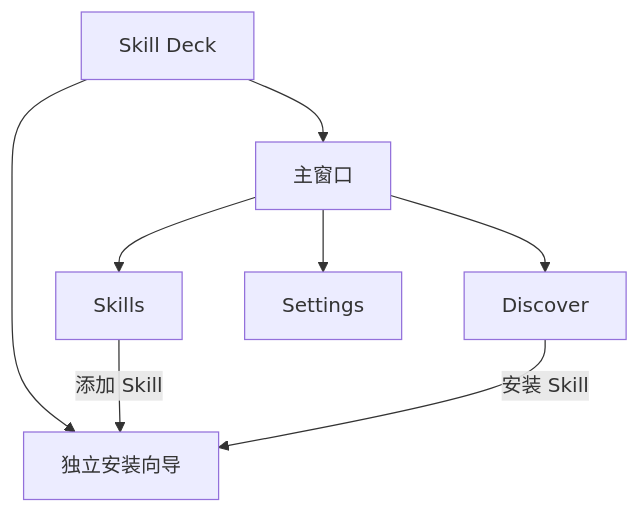
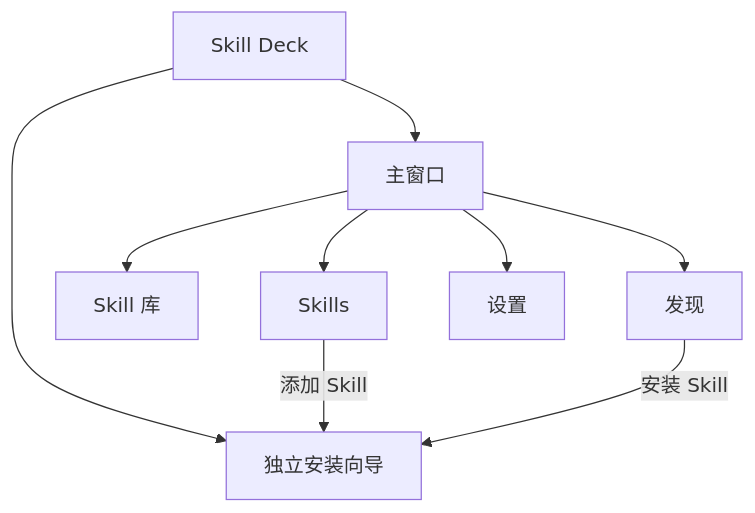
The second of 3 diagrams in docs/product.md (Hccake/skill-deck), drawn with Mermaid before and after one commit. The commit also changed other lines of this file and 23 other files, not shown here.

````diff
--- a/docs/product.md
+++ b/docs/product.md
@@ -31,10 +34,11 @@
 ```mermaid
 flowchart TD
     App["Skill Deck"] --> Main["主窗口"]
     App --> Wizard["独立安装向导"]
     Main --> Skills["Skills"]
-    Main --> Discover["Discover"]
-    Main --> Settings["Settings"]
+    Main --> Libraries["Skill 库"]
+    Main --> Discover["发现"]
+    Main --> Settings["设置"]
     Skills -->|"添加 Skill"| Wizard
     Discover -->|"安装 Skill"| Wizard
 ```
````
